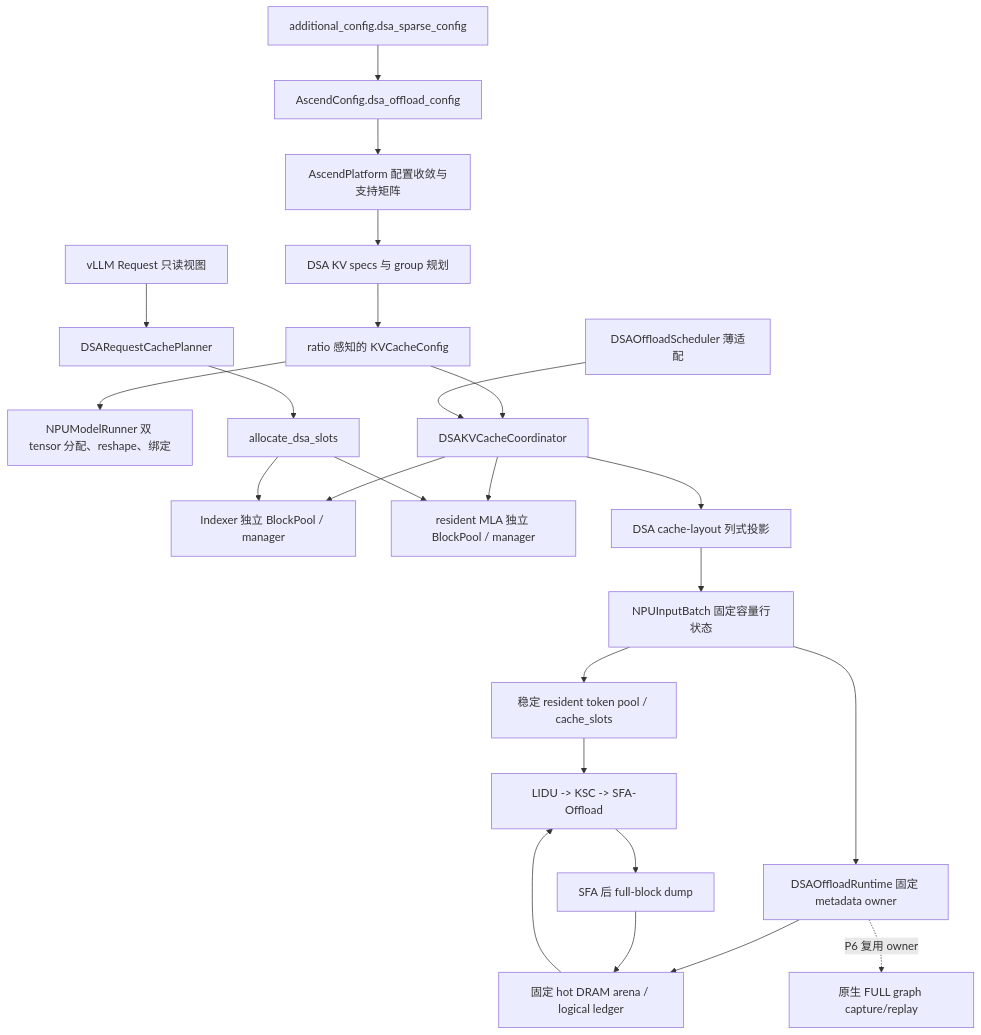
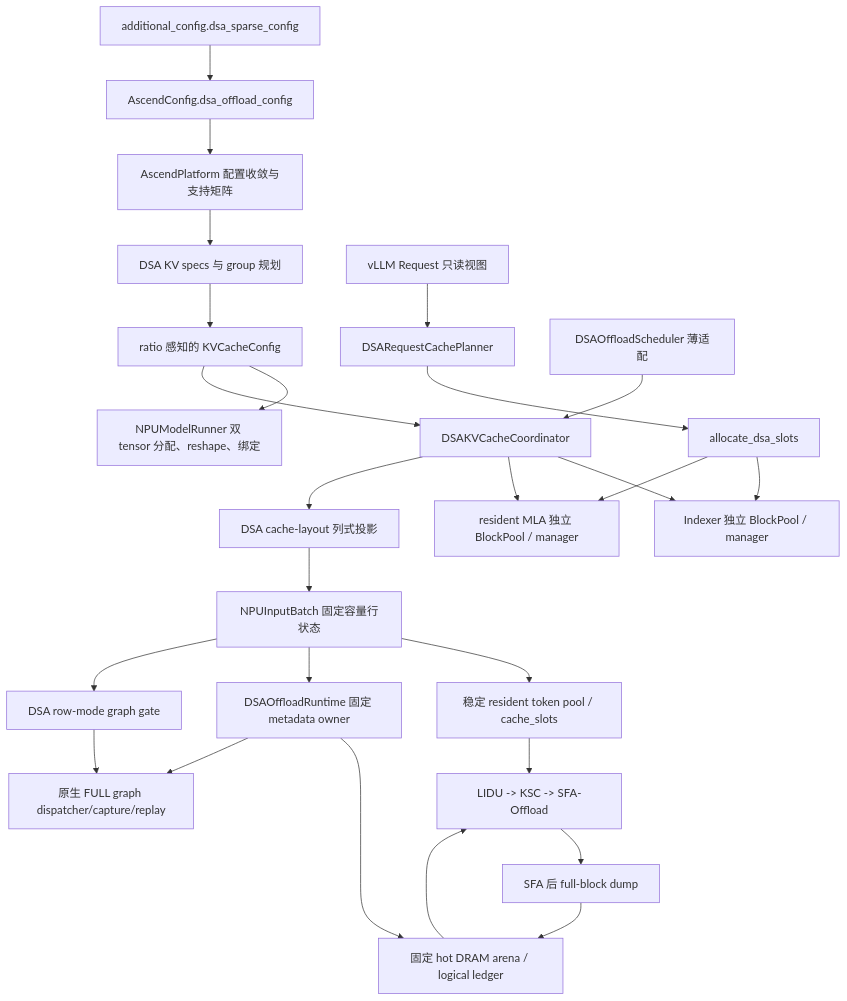
The diagram in docs/source/developer_guide/Design_Documents/dsa_offload_design.md (ader47/vllm-ascend), drawn with Mermaid before and after one commit. The commit also changed other lines of this file and 15 other files, not shown here.

Commit message:
dsa图模式适配迁移

````diff
--- a/docs/source/developer_guide/Design_Documents/dsa_offload_design.md
+++ b/docs/source/developer_guide/Design_Documents/dsa_offload_design.md
@@ -59,26 +60,28 @@
 ```mermaid
 flowchart TB
     CFG["additional_config.dsa_sparse_config"] --> AC["AscendConfig.dsa_offload_config"]
     AC --> PLATFORM["AscendPlatform 配置收敛与支持矩阵"]
     PLATFORM --> SPEC["DSA KV specs 与 group 规划"]
     SPEC --> CACHECFG["ratio 感知的 KVCacheConfig"]
     CACHECFG --> WORKER["NPUModelRunner 双 tensor 分配、reshape、绑定"]
     CACHECFG --> COORD["DSAKVCacheCoordinator"]
     COORD --> IDX["Indexer 独立 BlockPool / manager"]
     COORD --> MLA["resident MLA 独立 BlockPool / manager"]
     REQ["vLLM Request 只读视图"] --> PLAN["DSARequestCachePlanner"]
     PLAN --> ALLOC["allocate_dsa_slots"]
     ALLOC --> IDX
     ALLOC --> MLA
     SCHED["DSAOffloadScheduler 薄适配"] --> COORD
     COORD --> PROJECTION["DSA cache-layout 列式投影"]
     PROJECTION --> INPUT["NPUInputBatch 固定容量行状态"]
     INPUT --> POOL["稳定 resident token pool / cache_slots"]
     INPUT --> RUNTIME["DSAOffloadRuntime 固定 metadata owner"]
     RUNTIME --> DRAM["固定 hot DRAM arena / logical ledger"]
     POOL --> DATA["LIDU -> KSC -> SFA-Offload"]
     DRAM --> DATA
     DATA --> DUMP["SFA 后 full-block dump"]
     DUMP --> DRAM
-    RUNTIME -. "P6 复用 owner" .-> GRAPH["原生 FULL graph capture/replay"]
+    INPUT --> GATE["DSA row-mode graph gate"]
+    GATE --> GRAPH["原生 FULL graph dispatcher/capture/replay"]
+    RUNTIME --> GRAPH
 ```
````
